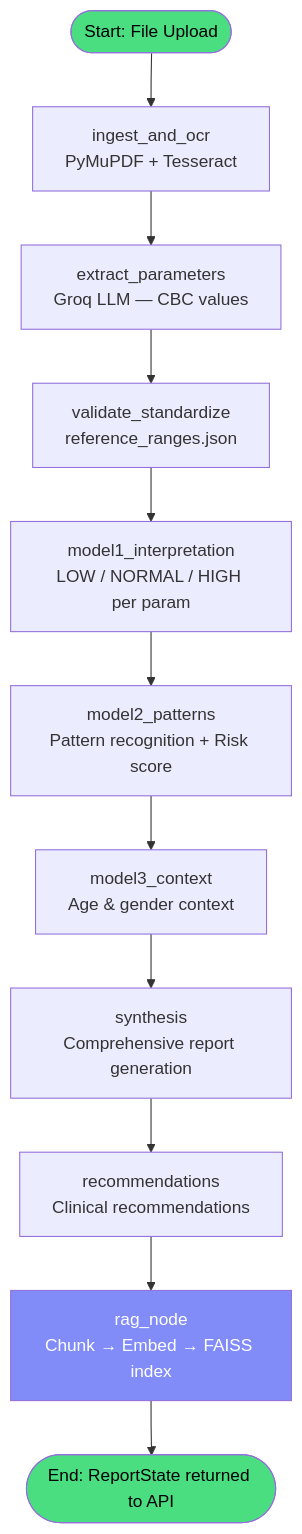
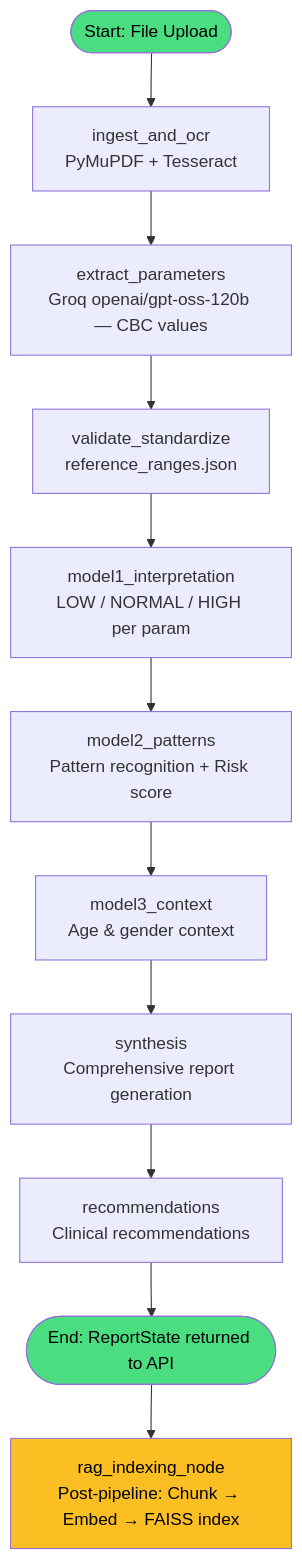
One commit to Likithsatya192/Multi-Model-AI-Agent-for-Health-Diagnostics changed the first of 3 diagrams in README.md. Above: the diagram before and after it, drawn with Mermaid. The commit also changed other lines of this file, not shown here.

Commit message:
docs(readme): add report endpoints, clarify LLM models, and fix RAG pipeline  architecture

````diff
--- a/README.md
+++ b/README.md
@@ -50,17 +52,18 @@
 ```mermaid
 flowchart TD
     A([Start: File Upload]) --> B[ingest_and_ocr\nPyMuPDF + Tesseract]
-    B --> C[extract_parameters\nGroq LLM — CBC values]
+    B --> C[extract_parameters\nGroq openai/gpt-oss-120b — CBC values]
     C --> D[validate_standardize\nreference_ranges.json]
     D --> E[model1_interpretation\nLOW / NORMAL / HIGH per param]
     E --> F[model2_patterns\nPattern recognition + Risk score]
     F --> G[model3_context\nAge & gender context]
     G --> H[synthesis\nComprehensive report generation]
     H --> I[recommendations\nClinical recommendations]
-    I --> J[rag_node\nChunk → Embed → FAISS index]
-    J --> K([End: ReportState returned to API])
+    I --> K([End: ReportState returned to API])
+    
+    K --> J[rag_indexing_node\nPost-pipeline: Chunk → Embed → FAISS index]
 
     style A fill:#4ade80,color:#000
     style K fill:#4ade80,color:#000
-    style J fill:#818cf8,color:#fff
+    style J fill:#fbbf24,color:#000
 ```
````
